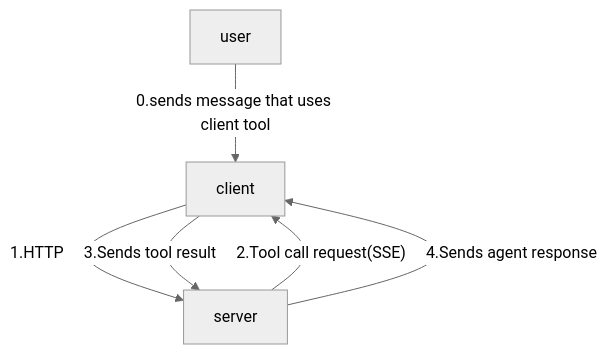
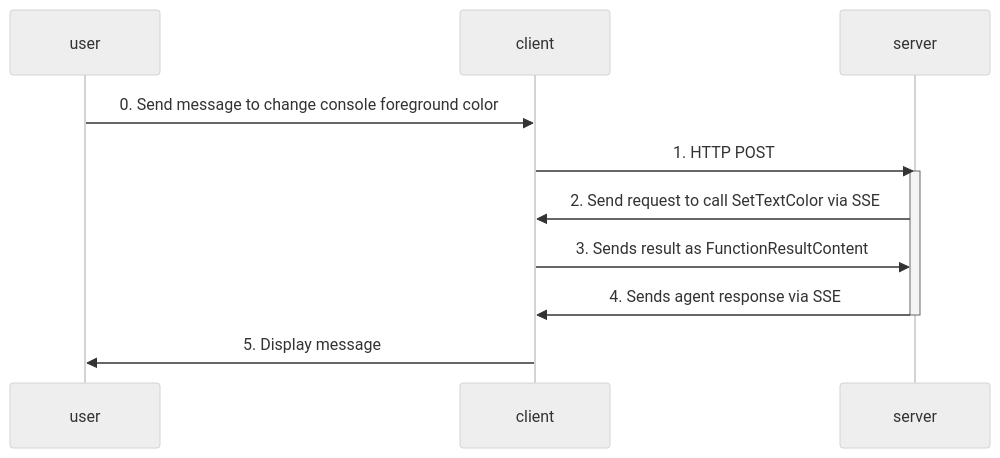
One commit to jasmin-software/dotnet_agui_workshop changed the second of 2 diagrams in project1/Client_Tutorial_2/README.md. Above: the diagram before and after it, drawn with Mermaid (neutral theme). The commit also changed other lines of this file, not shown here.

````diff
--- a/project1/Client_Tutorial_2/README.md
+++ b/project1/Client_Tutorial_2/README.md
@@ -126,8 +125,11 @@
 ```mermaid
-graph TD;
-   user--0.sends message that uses client tool-->client;
-   client--1.HTTP-->server;
-   server--2.Tool call request(SSE)-->client;
-   client--3.Sends tool result-->server;
-   server--4.Sends agent response-->client;
+sequenceDiagram;
+   user->>client:   0. Send message to change console foreground color
+   client->>server: 1. HTTP POST
+   activate server
+   server->>client: 2. Send request to call SetTextColor via SSE
+   client->>server: 3. Sends result as FunctionResultContent
+   server->>client: 4. Sends agent response via SSE
+   deactivate server
+   client->>user: 5. Display message
 ```
````
